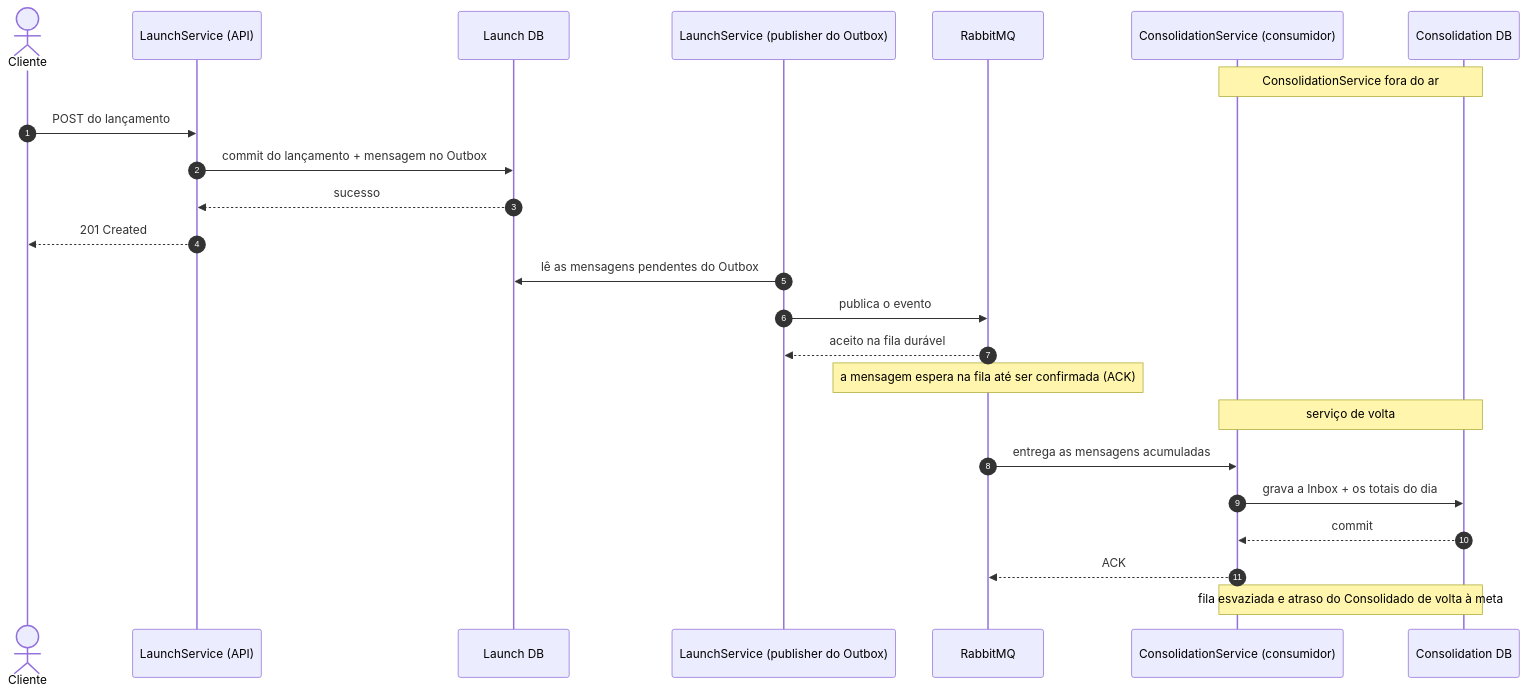
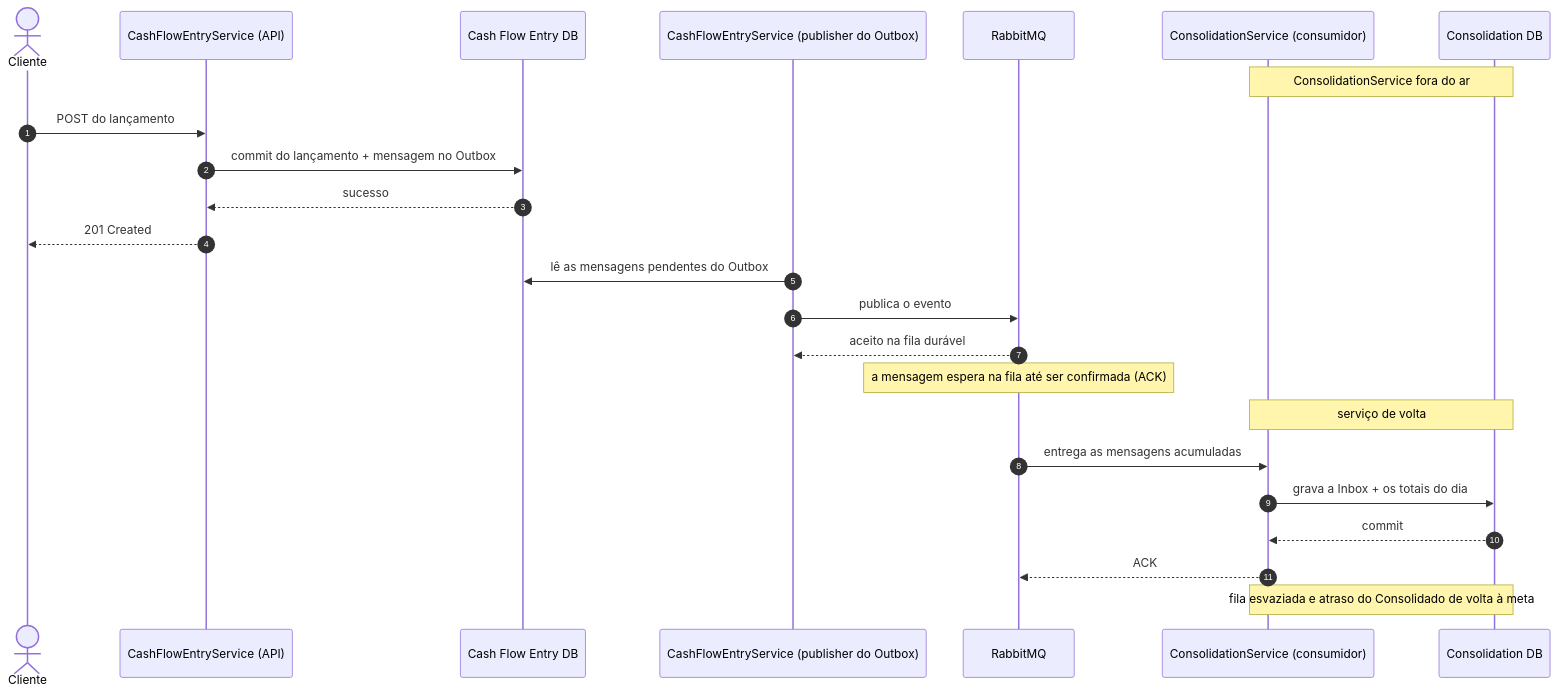
The diagram in docs/diagrams/07-sequence-outage-recovery.md (willianrattis/cashflow-daily-balance), drawn with Mermaid before and after one commit. The commit also changed 36 other files, not shown here.

Commit message:
docs: update cash flow entry terminology and evidence

````diff
--- a/docs/diagrams/07-sequence-outage-recovery.md
+++ b/docs/diagrams/07-sequence-outage-recovery.md
@@ -7,29 +7,29 @@
 ```mermaid
 sequenceDiagram
     autonumber
     actor Caller as Cliente
-    participant API as LaunchService (API)
-    participant LDB as Launch DB
-    participant Publisher as LaunchService (publisher do Outbox)
+    participant API as CashFlowEntryService (API)
+    participant LDB as Cash Flow Entry DB
+    participant Publisher as CashFlowEntryService (publisher do Outbox)
     participant Broker as RabbitMQ
     participant Worker as ConsolidationService (consumidor)
     participant CDB as Consolidation DB
 
     Note over Worker,CDB: ConsolidationService fora do ar
     Caller->>API: POST do lançamento
     API->>LDB: commit do lançamento + mensagem no Outbox
     LDB-->>API: sucesso
     API-->>Caller: 201 Created
 
     Publisher->>LDB: lê as mensagens pendentes do Outbox
     Publisher->>Broker: publica o evento
     Broker-->>Publisher: aceito na fila durável
     Note over Broker: a mensagem espera na fila até ser confirmada (ACK)
 
     Note over Worker,CDB: serviço de volta
     Broker->>Worker: entrega as mensagens acumuladas
     Worker->>CDB: grava a Inbox + os totais do dia
     CDB-->>Worker: commit
     Worker-->>Broker: ACK
     Note over Worker,CDB: fila esvaziada e atraso do Consolidado de volta à meta
 ```
````
